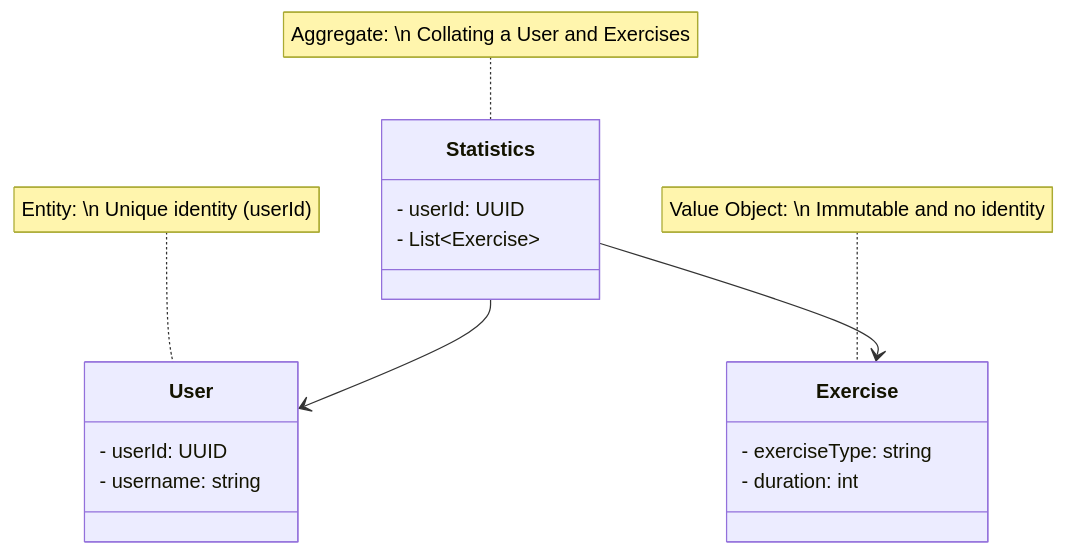
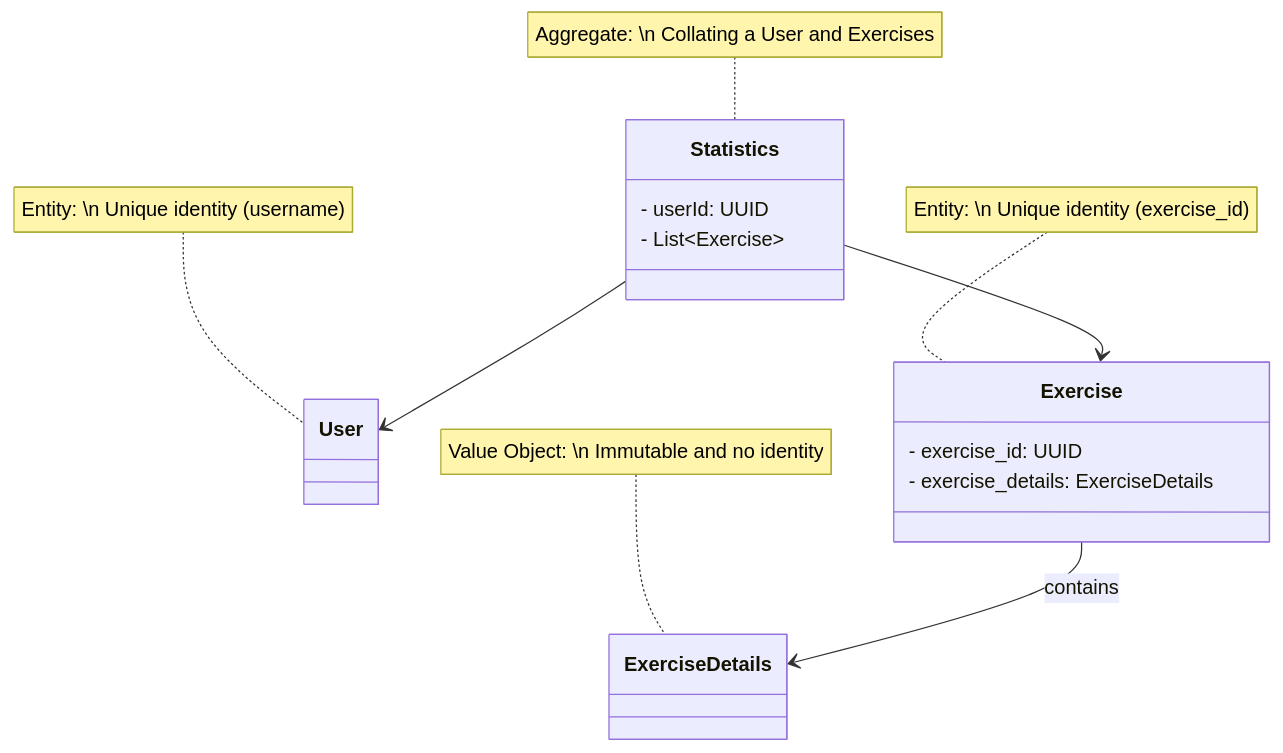
The diagram in analytics_v2/README.md (juliaranne/cfg-v2), drawn with Mermaid before and after one commit.

Commit message:
update mermaid diagram

````diff
--- a/analytics_v2/README.md
+++ b/analytics_v2/README.md
@@ -4,26 +4,28 @@
 ```mermaid
 classDiagram
     class Statistics {
         - userId: UUID
         - List~Exercise~
     }
 
-    class User {
-        - userId: UUID
-        - username: string
-    }
+    class User 
 
     class Exercise {
-        - exerciseType: string
-        - duration: int
+        - exercise_id: UUID
+        - exercise_details: ExerciseDetails
     }
+    
+    class ExerciseDetails 
+
 
     Statistics --> User : 
     Statistics --> Exercise : 
+    Exercise --> ExerciseDetails : contains 
 
     %% Key for DDD Components
-    note for User "Entity: \n Unique identity (userId)"
-    note for Exercise "Value Object: \n Immutable and no identity"
+    note for User "Entity: \n Unique identity (username)"
+    note for Exercise "Entity: \n Unique identity (exercise_id)"
+    note for ExerciseDetails "Value Object: \n Immutable and no identity"
     note for Statistics "Aggregate: \n Collating a User and Exercises"
 
 ```
````
